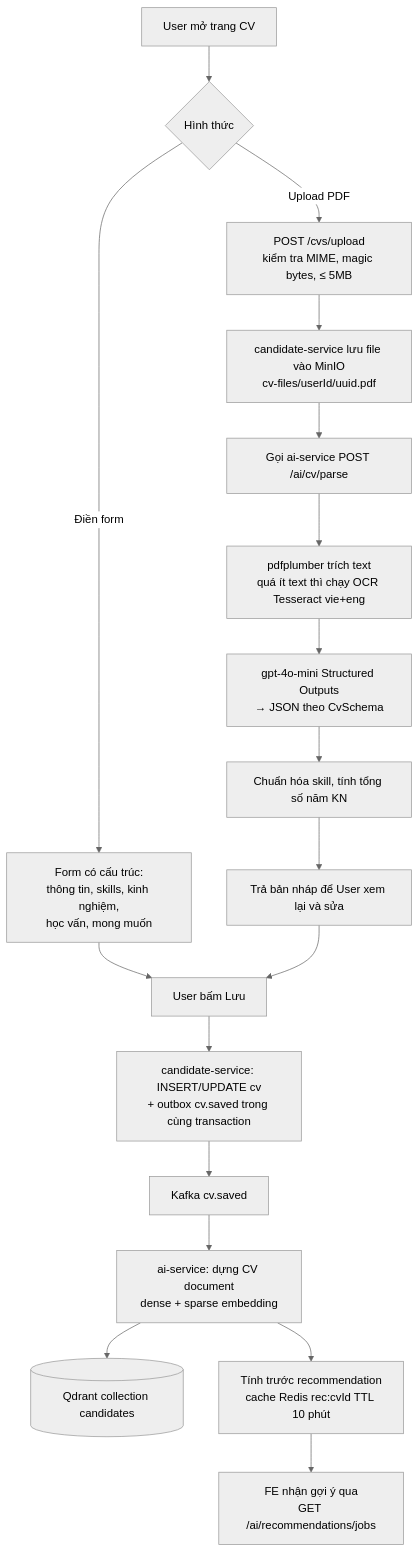
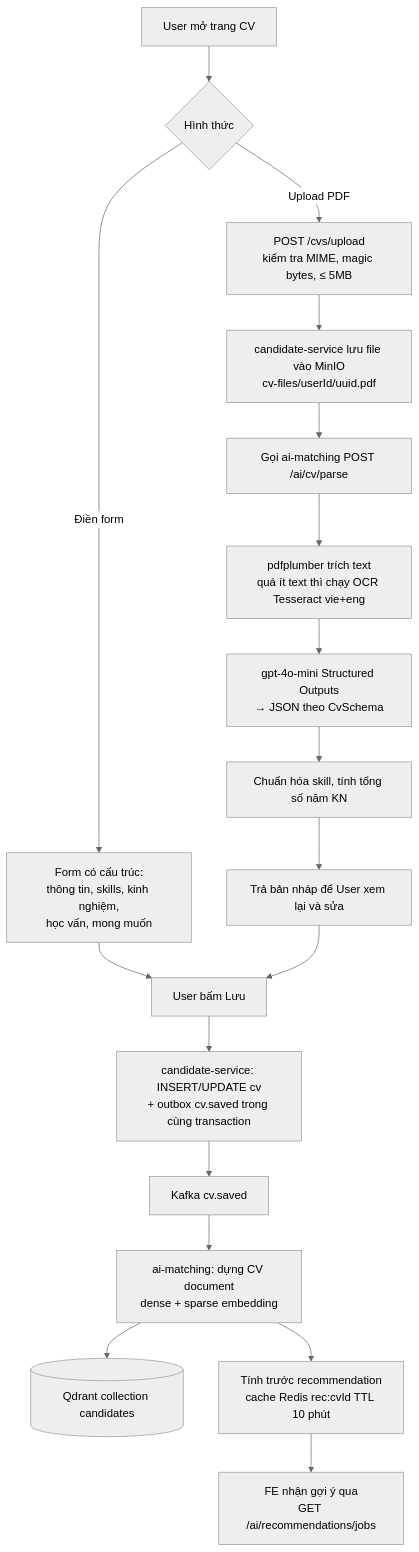
The fourth of 9 diagrams in ARCHITECTURE.md (nblfrommars/SmartHR_TalentMatch), drawn with Mermaid (neutral theme) before and after one commit. The commit also changed other lines of this file and 25 other files, not shown here.

````diff
--- a/ARCHITECTURE.md
+++ b/ARCHITECTURE.md
@@ -308,20 +308,20 @@
 ```mermaid
 flowchart TD
     A[User mở trang CV] --> B{Hình thức}
     B -- Điền form --> F[Form có cấu trúc:<br/>thông tin, skills, kinh nghiệm,<br/>học vấn, mong muốn]
     B -- Upload PDF --> C[POST /cvs/upload<br/>kiểm tra MIME, magic bytes, ≤ 5MB]
     C --> D[candidate-service lưu file vào MinIO<br/>cv-files/userId/uuid.pdf]
-    D --> E[Gọi ai-service POST /ai/cv/parse]
+    D --> E[Gọi ai-matching POST /ai/cv/parse]
     E --> E1[pdfplumber trích text<br/>quá ít text thì chạy OCR Tesseract vie+eng]
     E1 --> E2[gpt-4o-mini Structured Outputs<br/>→ JSON theo CvSchema]
     E2 --> E3[Chuẩn hóa skill, tính tổng số năm KN]
     E3 --> F2[Trả bản nháp để User xem lại và sửa]
     F --> G[User bấm Lưu]
     F2 --> G
     G --> H[candidate-service: INSERT/UPDATE cv<br/>+ outbox cv.saved trong cùng transaction]
     H --> I[Kafka cv.saved]
-    I --> J[ai-service: dựng CV document<br/>dense + sparse embedding]
+    I --> J[ai-matching: dựng CV document<br/>dense + sparse embedding]
     J --> K[(Qdrant collection candidates)]
     J --> L[Tính trước recommendation<br/>cache Redis rec:cvId TTL 10 phút]
     L --> M[FE nhận gợi ý qua<br/>GET /ai/recommendations/jobs]
 ```
````
